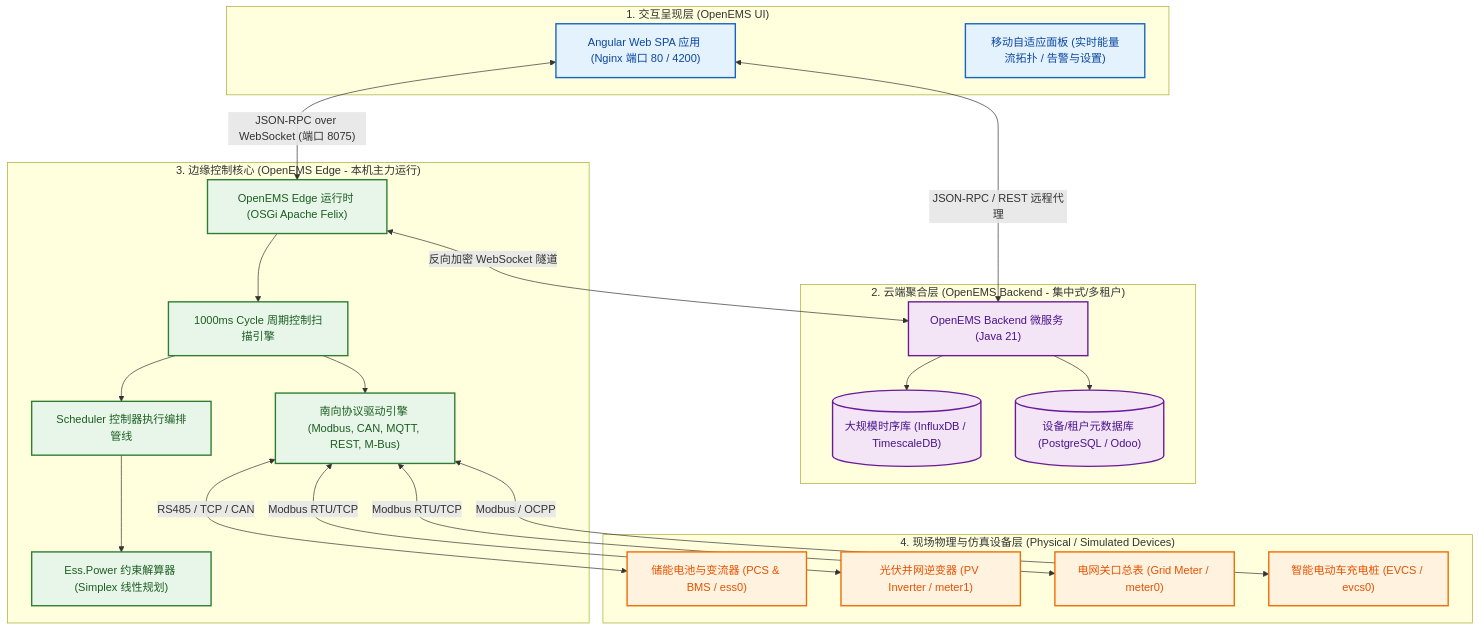
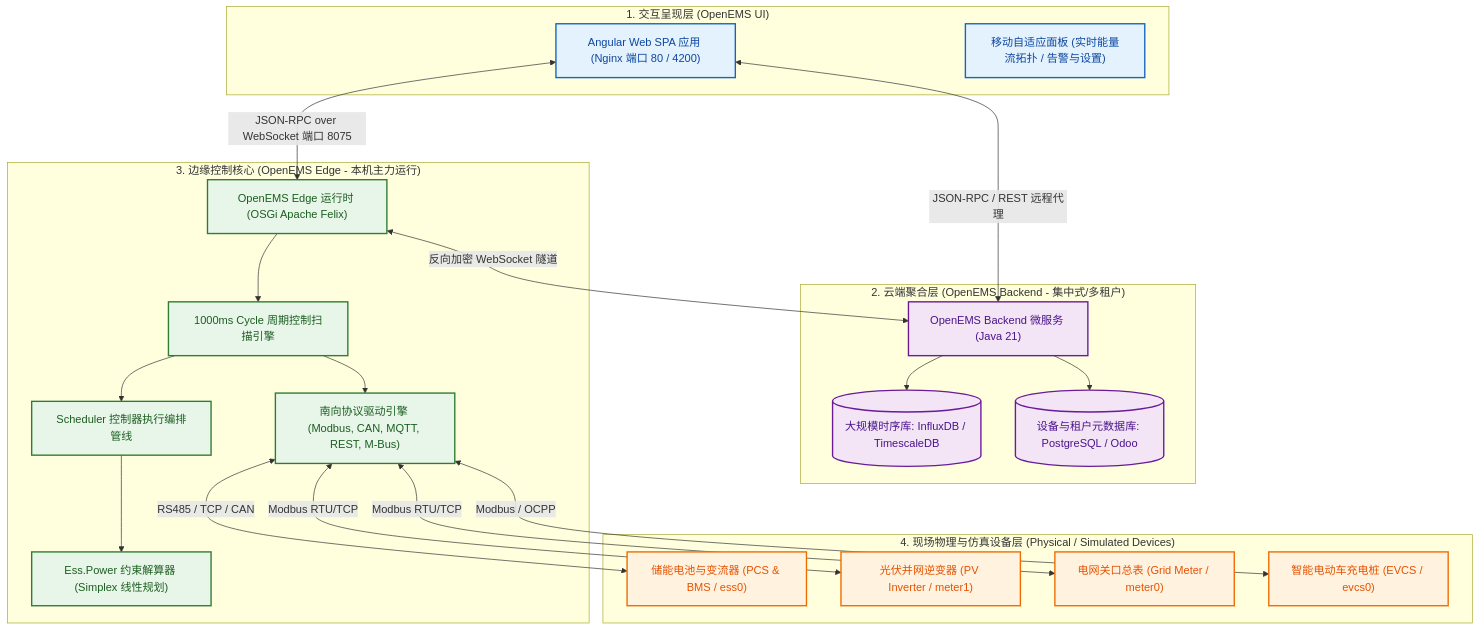
One commit to duanshuaimin/openems changed the diagram in OPENEMS_ARCHITECTURE_ANALYSIS.md. Above: the diagram before and after it, drawn with Mermaid.

Commit message:
fix: resolve Mermaid rich display render error on GitHub

````diff
--- a/OPENEMS_ARCHITECTURE_ANALYSIS.md
+++ b/OPENEMS_ARCHITECTURE_ANALYSIS.md
@@ -50,47 +50,47 @@
 ```mermaid
-graph TD
-    classDef uiLayer fill:#e3f2fd,stroke:#1565c0,stroke-width:2px,color:#0d47a1;
-    classDef cloudLayer fill:#f3e5f5,stroke:#6a1b9a,stroke-width:2px,color:#4a148c;
-    classDef edgeLayer fill:#e8f5e9,stroke:#2e7d32,stroke-width:2px,color:#1b5e20;
-    classDef deviceLayer fill:#fff3e0,stroke:#ef6c00,stroke-width:2px,color:#e65100;
+flowchart TD
+    classDef uiLayer fill:#e3f2fd,stroke:#1565c0,stroke-width:2px,color:#0d47a1
+    classDef cloudLayer fill:#f3e5f5,stroke:#6a1b9a,stroke-width:2px,color:#4a148c
+    classDef edgeLayer fill:#e8f5e9,stroke:#2e7d32,stroke-width:2px,color:#1b5e20
+    classDef deviceLayer fill:#fff3e0,stroke:#ef6c00,stroke-width:2px,color:#e65100
 
     subgraph Layer1 ["1. 交互呈现层 (OpenEMS UI)"]
         WebUI["Angular Web SPA 应用 (Nginx 端口 80 / 4200)"]:::uiLayer
         Mobile["移动自适应面板 (实时能量流拓扑 / 告警与设置)"]:::uiLayer
     end
 
     subgraph Layer2 ["2. 云端聚合层 (OpenEMS Backend - 集中式/多租户)"]
         Backend["OpenEMS Backend 微服务 (Java 21)"]:::cloudLayer
-        CloudDB[("大规模时序库 (InfluxDB / TimescaleDB)")]:::cloudLayer
-        MetaDB[("设备/租户元数据库 (PostgreSQL / Odoo)")]:::cloudLayer
+        CloudDB[("大规模时序库: InfluxDB / TimescaleDB")]:::cloudLayer
+        MetaDB[("设备与租户元数据库: PostgreSQL / Odoo")]:::cloudLayer
         Backend --> CloudDB
         Backend --> MetaDB
     end
 
     subgraph Layer3 ["3. 边缘控制核心 (OpenEMS Edge - 本机主力运行)"]
         Edge["OpenEMS Edge 运行时 (OSGi Apache Felix)"]:::edgeLayer
         Cycle["1000ms Cycle 周期控制扫描引擎"]:::edgeLayer
         Scheduler["Scheduler 控制器执行编排管线"]:::edgeLayer
         Solver["Ess.Power 约束解算器 (Simplex 线性规划)"]:::edgeLayer
         Drivers["南向协议驱动引擎 (Modbus, CAN, MQTT, REST, M-Bus)"]:::edgeLayer
         Edge --> Cycle
         Cycle --> Scheduler
         Scheduler --> Solver
         Cycle --> Drivers
     end
 
     subgraph Layer4 ["4. 现场物理与仿真设备层 (Physical / Simulated Devices)"]
         ESS["储能电池与变流器 (PCS & BMS / ess0)"]:::deviceLayer
         PV["光伏并网逆变器 (PV Inverter / meter1)"]:::deviceLayer
         Grid["电网关口总表 (Grid Meter / meter0)"]:::deviceLayer
         EVCS["智能电动车充电桩 (EVCS / evcs0)"]:::deviceLayer
     end
 
-    WebUI <-->|"JSON-RPC over WebSocket (端口 8075)"| Edge
-    WebUI <-->|"JSON-RPC / REST 远程代理"| Backend
-    Edge <-->|"反向加密 WebSocket 隧道"| Backend
-    Drivers <-->|"RS485 / TCP / CAN"| ESS
-    Drivers <-->|"Modbus RTU/TCP"| PV
-    Drivers <-->|"Modbus RTU/TCP"| Grid
-    Drivers <-->|"Modbus / OCPP"| EVCS
+    WebUI <-->|JSON-RPC over WebSocket 端口 8075| Edge
+    WebUI <-->|JSON-RPC / REST 远程代理| Backend
+    Edge <-->|反向加密 WebSocket 隧道| Backend
+    Drivers <-->|RS485 / TCP / CAN| ESS
+    Drivers <-->|Modbus RTU/TCP| PV
+    Drivers <-->|Modbus RTU/TCP| Grid
+    Drivers <-->|Modbus / OCPP| EVCS
 ```
````
